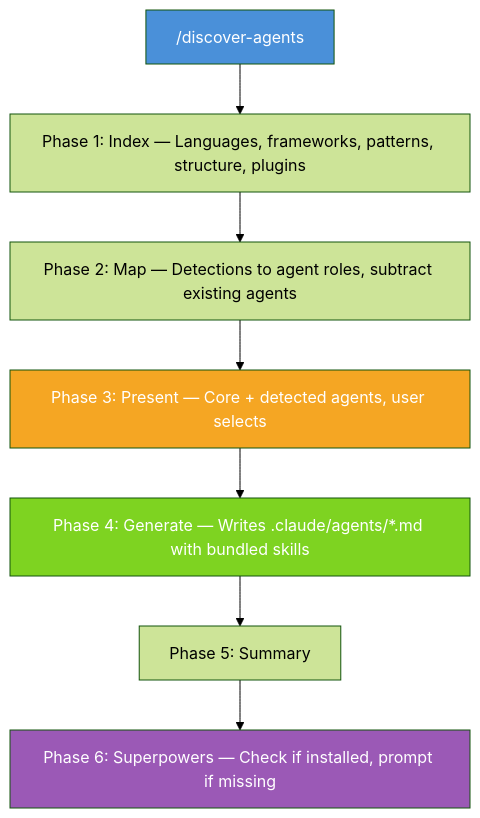
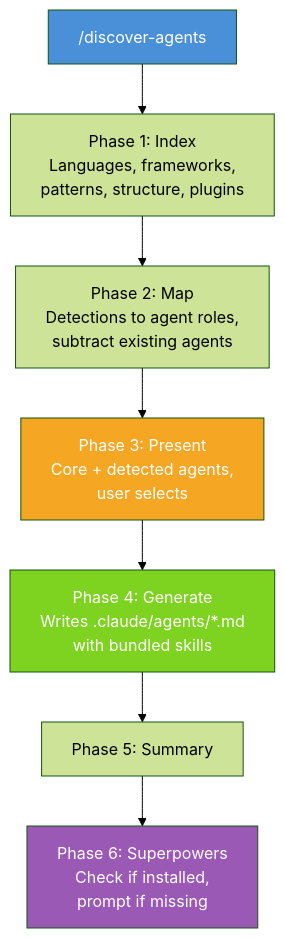
The third of 3 diagrams in README.md (ParkerM2/create-claude-workflow), drawn with Mermaid (forest theme) before and after one commit. The commit also changed other lines of this file, not shown here.

First line of the commit message:
fix: add line breaks to mermaid node labels for text wrapping

````diff
--- a/README.md
+++ b/README.md
@@ -102,15 +114,15 @@
 ```mermaid
 %%{init: {'flowchart': {'useMaxWidth': false, 'wrappingWidth': 400}}}%%
 flowchart TD
-    A["/discover-agents"] --> B["Phase 1: Index — Languages, frameworks, patterns, structure, plugins"]
-    B --> C["Phase 2: Map — Detections to agent roles, subtract existing agents"]
-    C --> D["Phase 3: Present — Core + detected agents, user selects"]
-    D --> E["Phase 4: Generate — Writes .claude/agents/*.md with bundled skills"]
+    A["/discover-agents"] --> B["Phase 1: Index<br>Languages, frameworks,<br>patterns, structure, plugins"]
+    B --> C["Phase 2: Map<br>Detections to agent roles,<br>subtract existing agents"]
+    C --> D["Phase 3: Present<br>Core + detected agents,<br>user selects"]
+    D --> E["Phase 4: Generate<br>Writes .claude/agents/*.md<br>with bundled skills"]
     E --> F["Phase 5: Summary"]
-    F --> G["Phase 6: Superpowers — Check if installed, prompt if missing"]
+    F --> G["Phase 6: Superpowers<br>Check if installed,<br>prompt if missing"]
 
     style A fill:#4a90d9,color:#fff
     style D fill:#f5a623,color:#fff
     style E fill:#7ed321,color:#fff
     style G fill:#9b59b6,color:#fff
 ```
````
